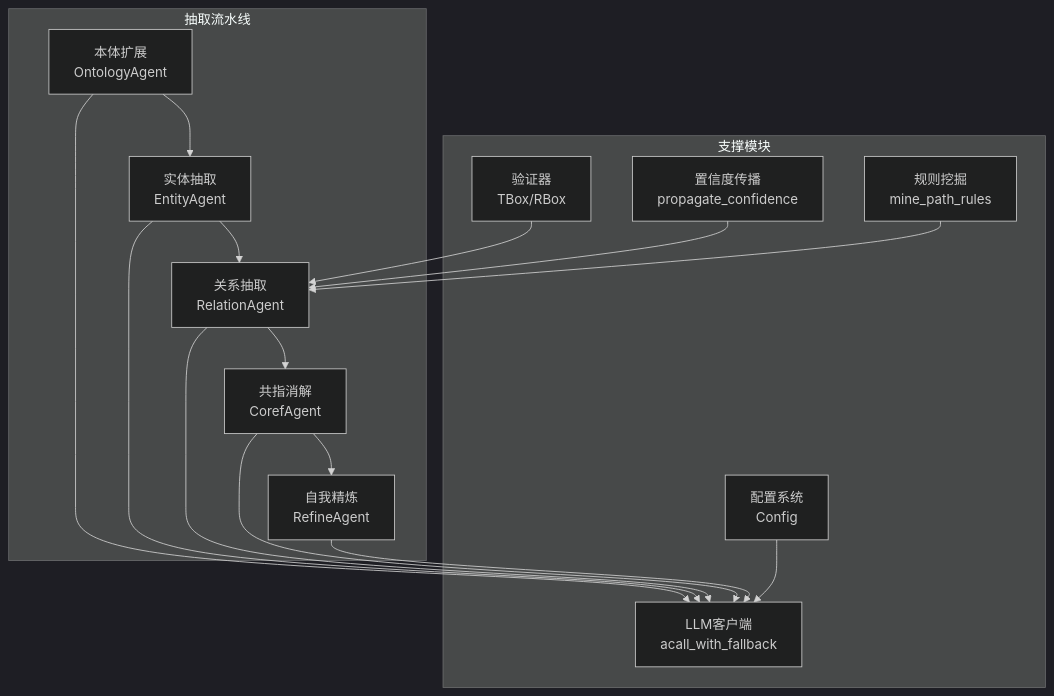
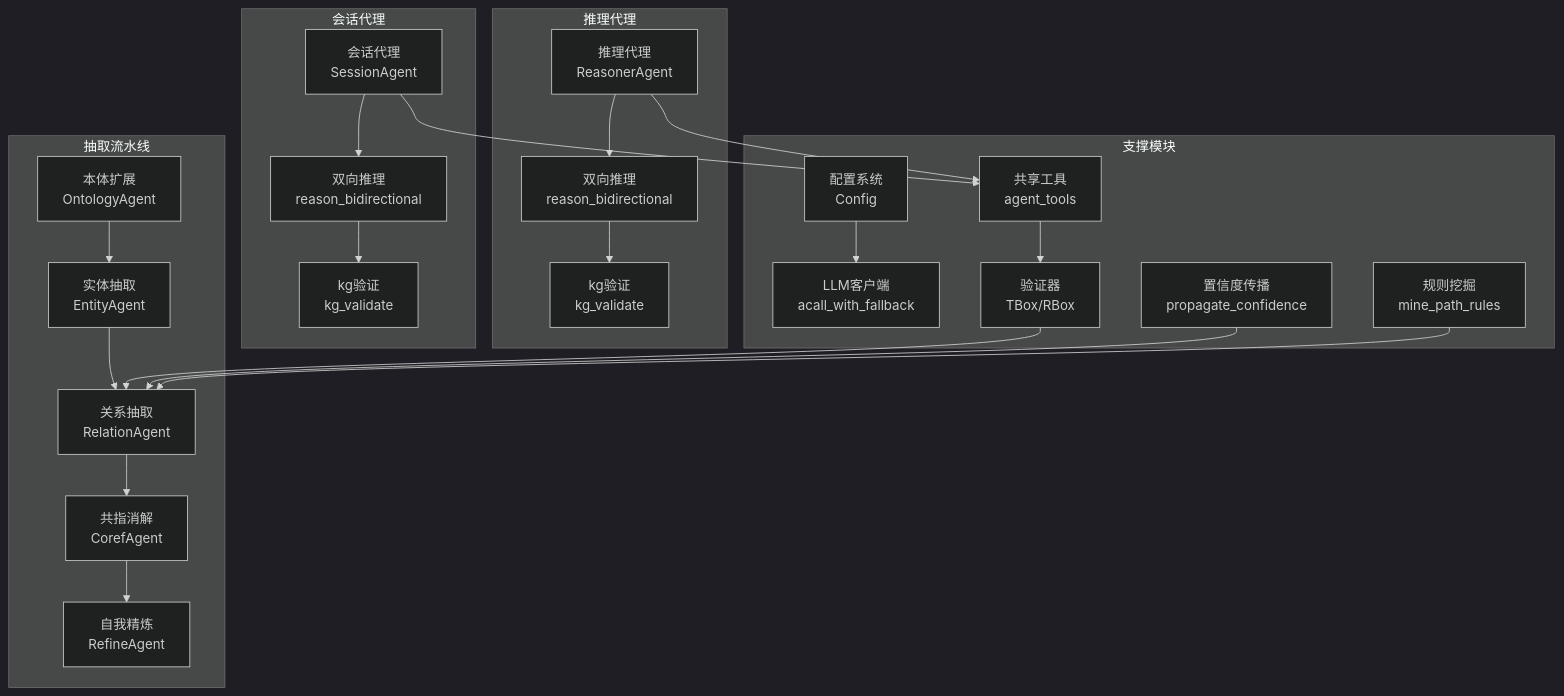
The first of 11 diagrams in .qoder/repowiki/zh/content/API 参考/内部服务 API/知识抽取服务.md (UynajGI/drbrain), drawn with Mermaid (dark theme) before and after one commit. The commit also changed other lines of this file and 7 other files, not shown here.

First line of the commit message:
docs: 同步 Session Agent 集成到文档和记忆

````diff
--- a/.qoder/repowiki/zh/content/API 参考/内部服务 API/知识抽取服务.md
+++ b/.qoder/repowiki/zh/content/API 参考/内部服务 API/知识抽取服务.md
@@ -42,27 +49,38 @@
 ```mermaid
 graph TB
 subgraph "抽取流水线"
 A["本体扩展<br/>OntologyAgent"]
 B["实体抽取<br/>EntityAgent"]
 C["关系抽取<br/>RelationAgent"]
 D["共指消解<br/>CorefAgent"]
 E["自我精炼<br/>RefineAgent"]
 end
+subgraph "推理代理"
+RA["推理代理<br/>ReasonerAgent"]
+RB["双向推理<br/>reason_bidirectional"]
+RC["kg验证<br/>kg_validate"]
+end
+subgraph "会话代理"
+SA["会话代理<br/>SessionAgent"]
+SB["双向推理<br/>reason_bidirectional"]
+SC["kg验证<br/>kg_validate"]
+end
 subgraph "支撑模块"
 LLM["LLM客户端<br/>acall_with_fallback"]
 CFG["配置系统<br/>Config"]
 VAL["验证器<br/>TBox/RBox"]
 CP["置信度传播<br/>propagate_confidence"]
 RM["规则挖掘<br/>mine_path_rules"]
+AT["共享工具<br/>agent_tools"]
 end
 A --> B --> C --> D --> E
-A --> LLM
-B --> LLM
-C --> LLM
-D --> LLM
-E --> LLM
+RA --> RB --> RC
+SA --> SB --> SC
+RA --> AT
+SA --> AT
+AT --> VAL
 CFG --> LLM
 VAL --> C
 CP --> C
 RM --> C
 ```
````
